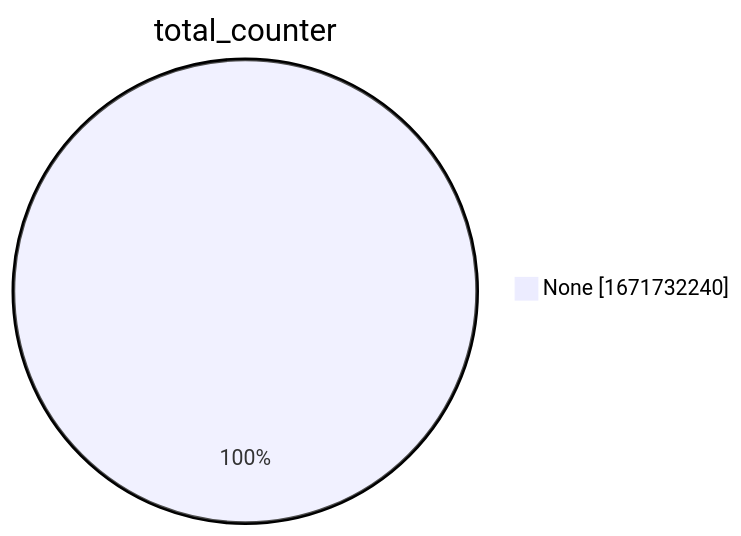
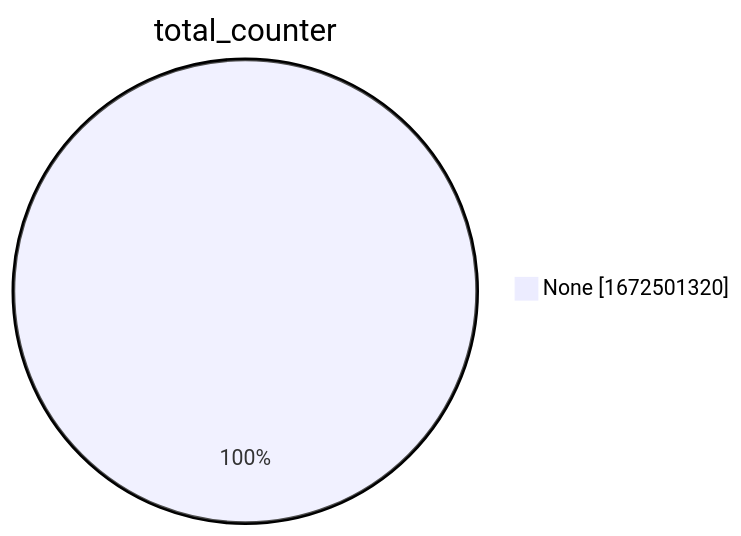
Before and after one commit to christiankrug/ctmonitor_visualization: the second of 15 diagrams in xenon2022/README.md, drawn with Mermaid. The commit also changed other lines of this file, not shown here.

````diff
--- a/xenon2022/README.md
+++ b/xenon2022/README.md
@@ -9,5 +9,5 @@
 ```mermaid
 pie showData
 title total_counter
-"None" :1671732240
+"None" :1672501320
 ```
````
